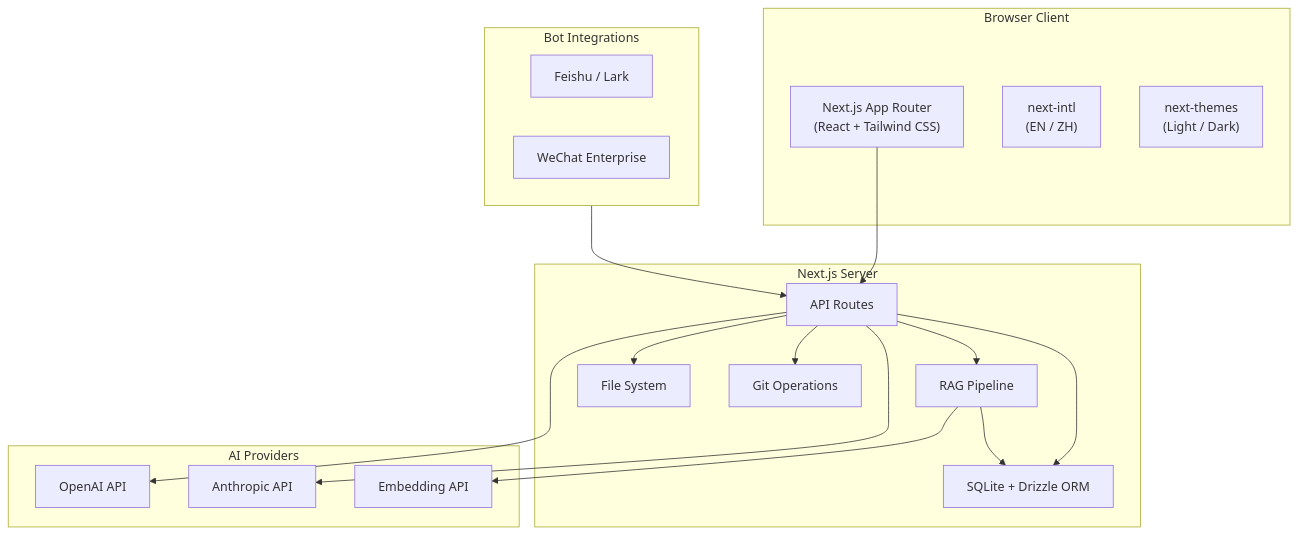
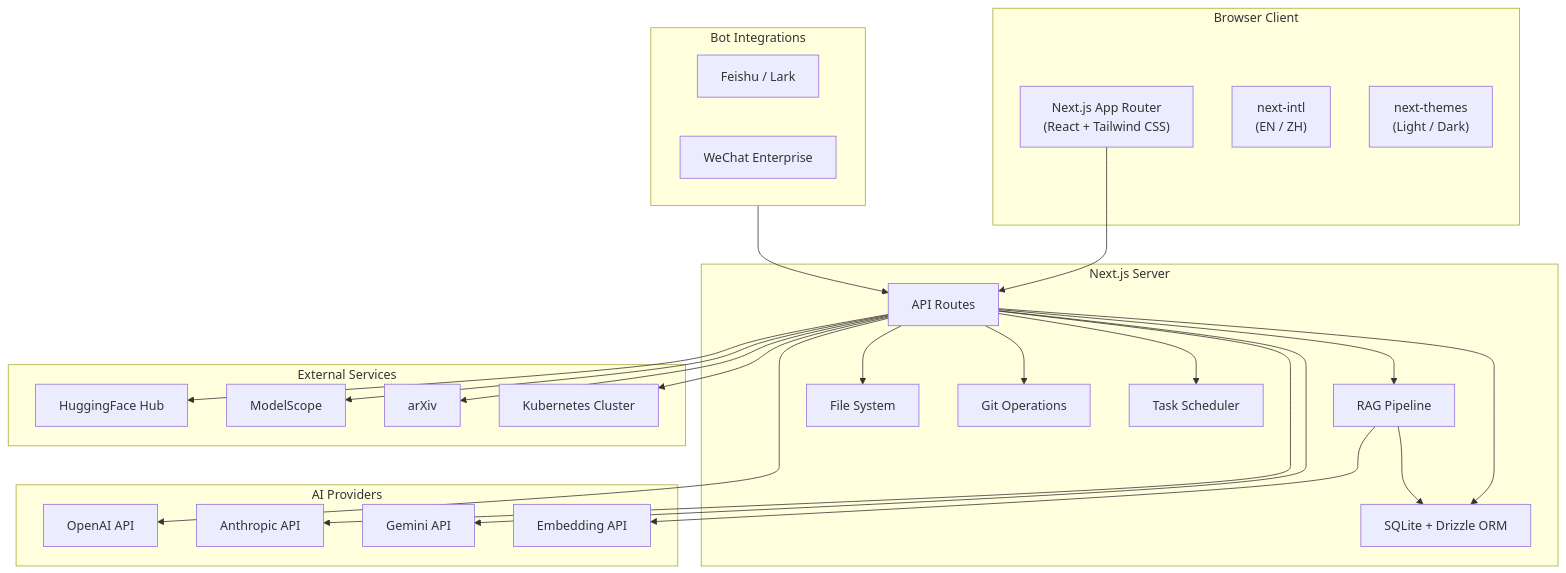
One commit to Anonym0x/InnoClaw changed the first of 2 diagrams in docs/getting-started/overview.md. Above: the diagram before and after it, drawn with Mermaid. The commit also changed other lines of this file and 8 other files, not shown here.

````diff
--- a/docs/getting-started/overview.md
+++ b/docs/getting-started/overview.md
@@ -25,38 +29,53 @@
 ```{mermaid}
 graph TB
     subgraph Client["Browser Client"]
         UI["Next.js App Router<br/>(React + Tailwind CSS)"]
         I18N["next-intl<br/>(EN / ZH)"]
         Theme["next-themes<br/>(Light / Dark)"]
     end
 
     subgraph Server["Next.js Server"]
         API["API Routes"]
         RAG["RAG Pipeline"]
         DB["SQLite + Drizzle ORM"]
         FS["File System"]
         Git["Git Operations"]
+        Scheduler["Task Scheduler"]
     end
 
     subgraph AI["AI Providers"]
         OpenAI["OpenAI API"]
         Anthropic["Anthropic API"]
+        Gemini["Gemini API"]
         Embed["Embedding API"]
     end
 
     subgraph Bots["Bot Integrations"]
         Feishu["Feishu / Lark"]
         WeChat["WeChat Enterprise"]
     end
 
+    subgraph External["External Services"]
+        HF["HuggingFace Hub"]
+        ModelScope["ModelScope"]
+        ArXiv["arXiv"]
+        K8s["Kubernetes Cluster"]
+    end
+
     UI --> API
     API --> RAG
     API --> DB
     API --> FS
     API --> Git
+    API --> Scheduler
     RAG --> Embed
     RAG --> DB
     API --> OpenAI
     API --> Anthropic
+    API --> Gemini
+    API --> HF
+    API --> ModelScope
+    API --> ArXiv
+    API --> K8s
     Bots --> API
 ```
````
